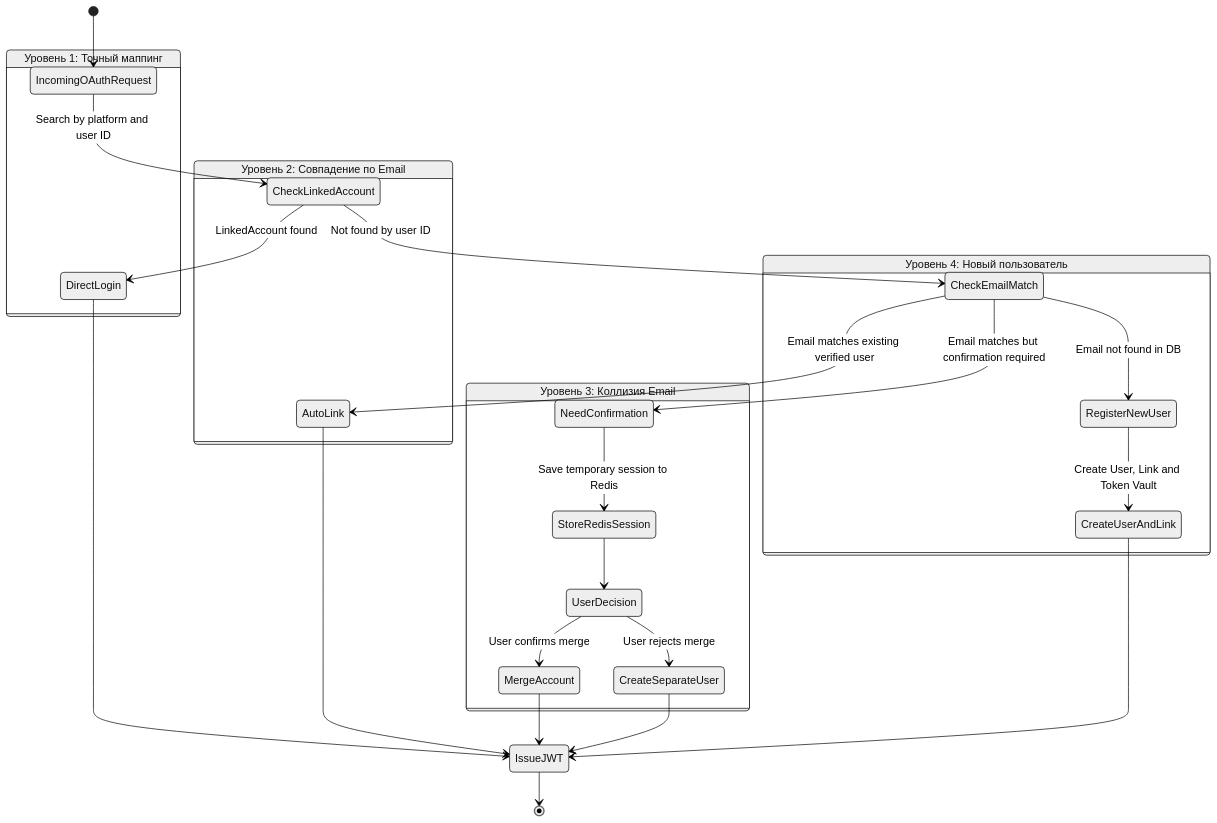
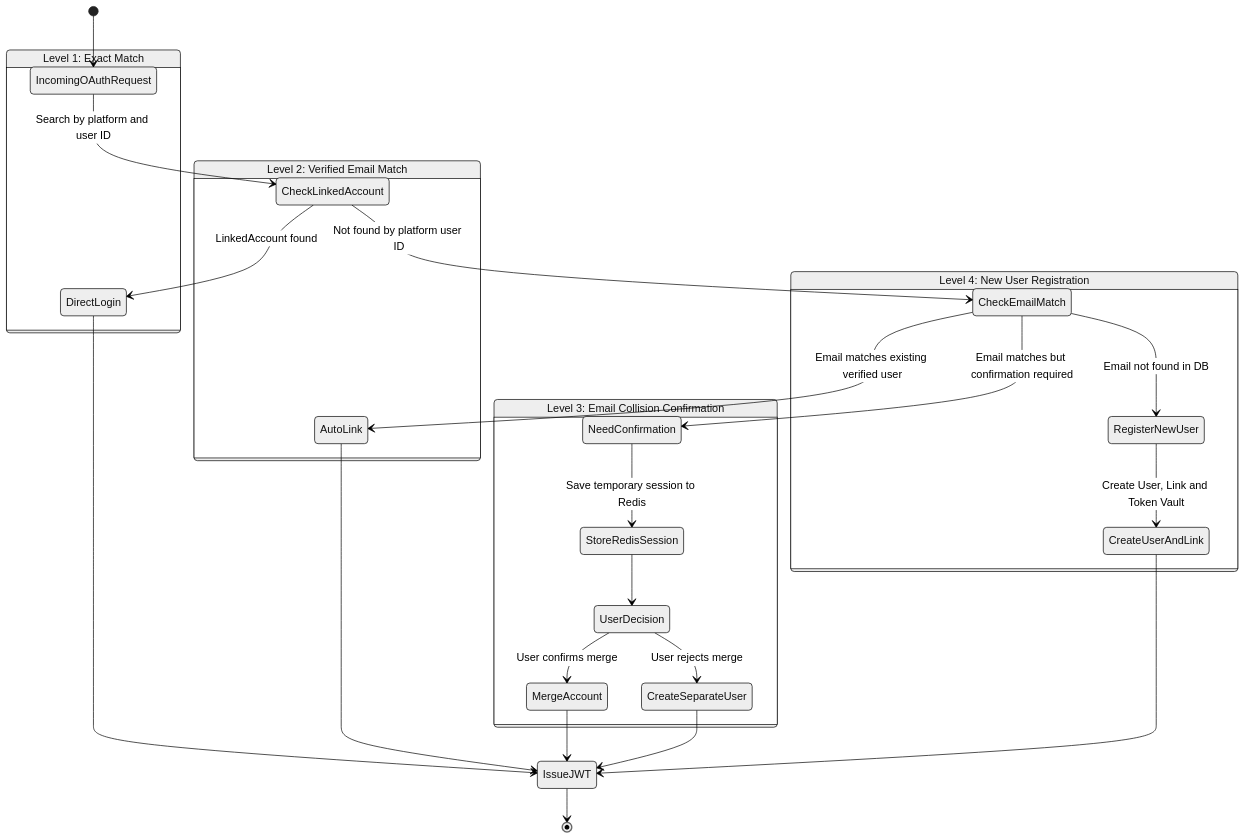
One commit to DustGalaxy/openplaylist-mono changed the fourth of 4 diagrams in docs/core/auth.md. Above: the diagram before and after it, drawn with Mermaid (neutral theme). The commit also changed other lines of this file and 21 other files, not shown here.

Commit message:
docs: translate technical architecture and component guides to English

````diff
--- a/docs/core/auth.md
+++ b/docs/core/auth.md
@@ -166,34 +166,34 @@
 ```mermaid
 stateDiagram-v2
     [*] --> IncomingOAuthRequest
 
-    state "Уровень 1: Точный маппинг" as L1 {
+    state "Level 1: Exact Match" as L1 {
         IncomingOAuthRequest --> CheckLinkedAccount: Search by platform and user ID
         CheckLinkedAccount --> DirectLogin: LinkedAccount found
     }
 
-    state "Уровень 2: Совпадение по Email" as L2 {
-        CheckLinkedAccount --> CheckEmailMatch: Not found by user ID
+    state "Level 2: Verified Email Match" as L2 {
+        CheckLinkedAccount --> CheckEmailMatch: Not found by platform user ID
         CheckEmailMatch --> AutoLink: Email matches existing verified user
     }
 
-    state "Уровень 3: Коллизия Email" as L3 {
+    state "Level 3: Email Collision Confirmation" as L3 {
         CheckEmailMatch --> NeedConfirmation: Email matches but confirmation required
         NeedConfirmation --> StoreRedisSession: Save temporary session to Redis
         StoreRedisSession --> UserDecision
         UserDecision --> MergeAccount: User confirms merge
         UserDecision --> CreateSeparateUser: User rejects merge
     }
 
-    state "Уровень 4: Новый пользователь" as L4 {
+    state "Level 4: New User Registration" as L4 {
         CheckEmailMatch --> RegisterNewUser: Email not found in DB
         RegisterNewUser --> CreateUserAndLink: Create User, Link and Token Vault
     }
 
     DirectLogin --> IssueJWT
     AutoLink --> IssueJWT
     MergeAccount --> IssueJWT
     CreateSeparateUser --> IssueJWT
     CreateUserAndLink --> IssueJWT
     IssueJWT --> [*]
 ```
````
